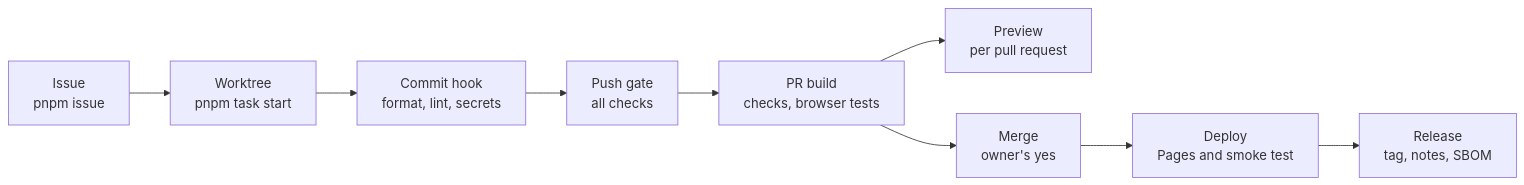
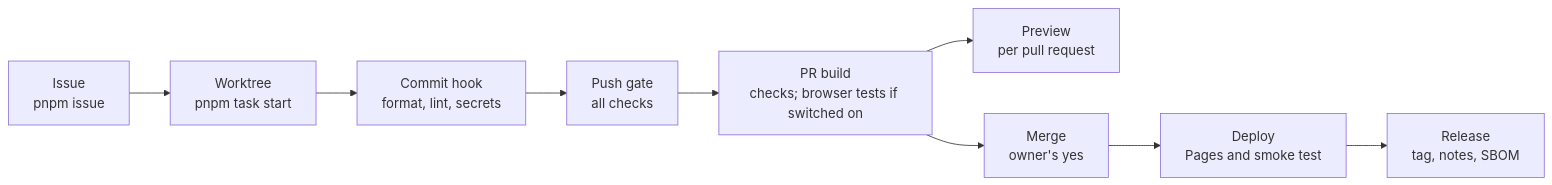
The diagram in README.md (SaschaBrunnerCH/agentic-starter-ts), drawn with Mermaid before and after one commit. The commit also changed other lines of this file and 14 other files, not shown here.

Commit message:
Run browser tests locally on the GPU by default, with switches for CI and GPU (#4)

````diff
--- a/README.md
+++ b/README.md
@@ -11,11 +11,11 @@
 ```mermaid
 flowchart LR
   issue["Issue<br/>pnpm issue"] --> task["Worktree<br/>pnpm task start"]
   task --> commit["Commit hook<br/>format, lint, secrets"]
   commit --> push["Push gate<br/>all checks"]
-  push --> pr["PR build<br/>checks, browser tests"]
+  push --> pr["PR build<br/>checks; browser tests if switched on"]
   pr --> preview["Preview<br/>per pull request"]
   pr --> merge["Merge<br/>owner's yes"]
   merge --> deploy["Deploy<br/>Pages and smoke test"]
   deploy --> release["Release<br/>tag, notes, SBOM"]
 ```
````
